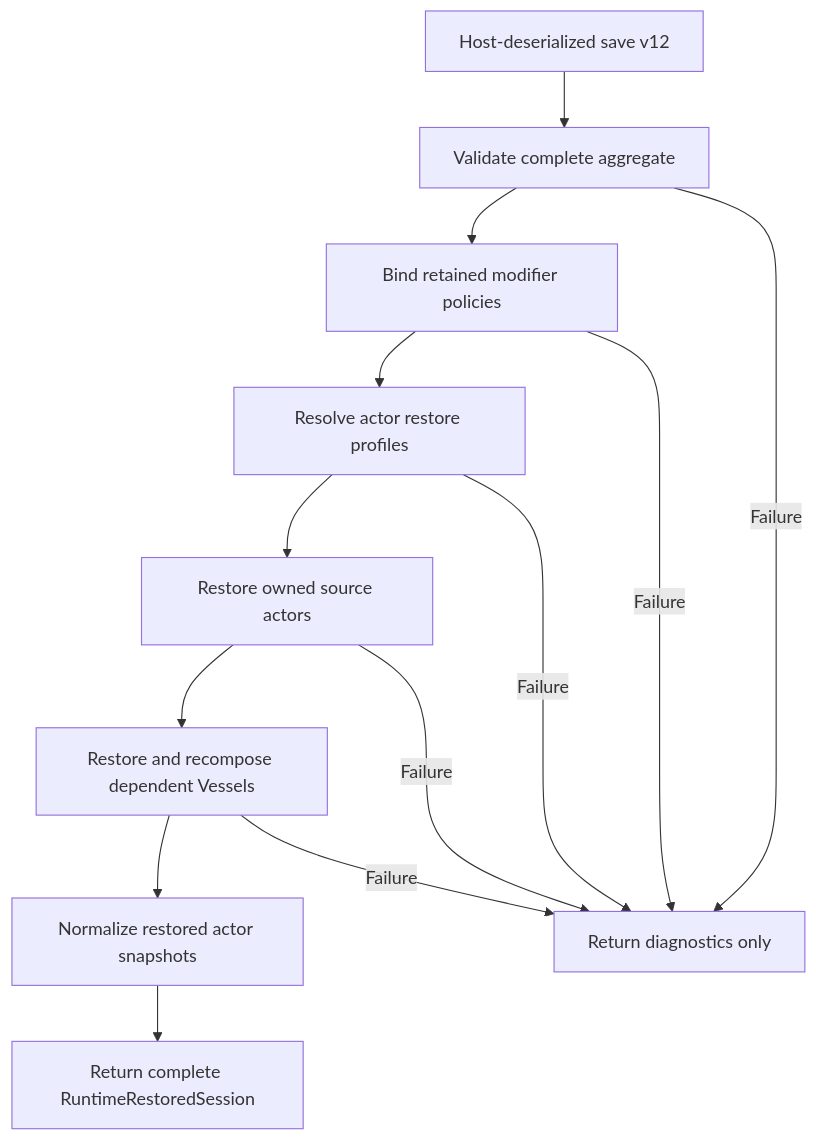
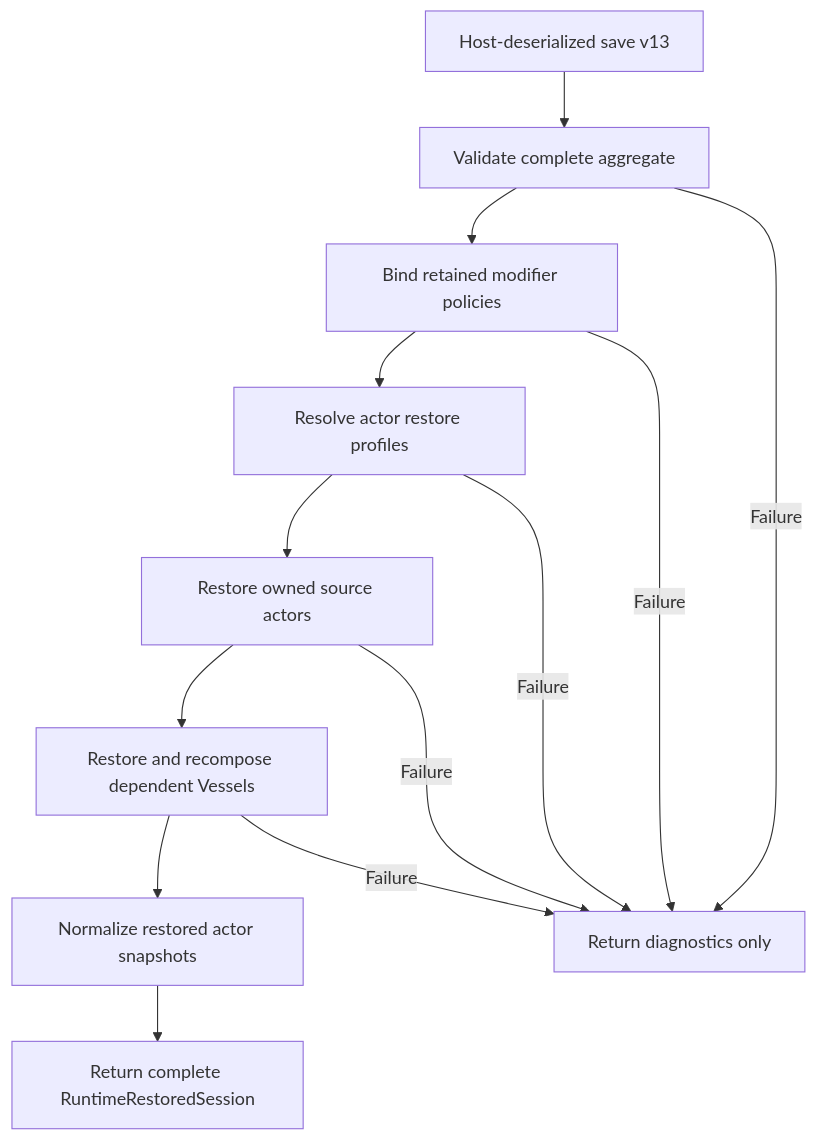
One commit to KayelC/Convergence changed the fifth of 5 diagrams in docs/developer-guide/actors-and-runtime-state.md. Above: the diagram before and after it, drawn with Mermaid. The commit also changed 109 other files, not shown here.

````diff
--- a/docs/developer-guide/actors-and-runtime-state.md
+++ b/docs/developer-guide/actors-and-runtime-state.md
@@ -344,15 +344,15 @@
 ```mermaid
 flowchart TD
-    Save["Host-deserialized save v12"] --> Validate["Validate complete aggregate"]
+    Save["Host-deserialized save v13"] --> Validate["Validate complete aggregate"]
     Validate --> Modifiers["Bind retained modifier policies"]
     Modifiers --> Profiles["Resolve actor restore profiles"]
     Profiles --> Sources["Restore owned source actors"]
     Sources --> Vessels["Restore and recompose dependent Vessels"]
     Vessels --> Normalize["Normalize restored actor snapshots"]
     Normalize --> Session["Return complete RuntimeRestoredSession"]
     Validate -->|Failure| Reject["Return diagnostics only"]
     Modifiers -->|Failure| Reject
     Profiles -->|Failure| Reject
     Sources -->|Failure| Reject
     Vessels -->|Failure| Reject
 ```
````
